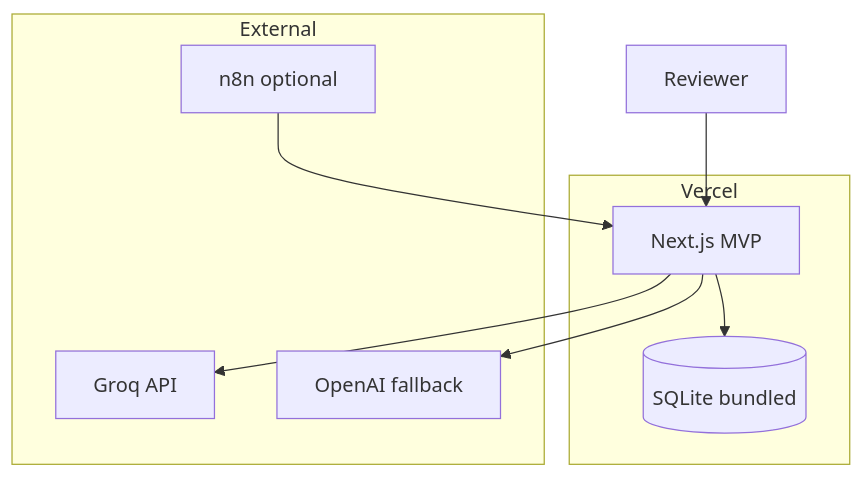
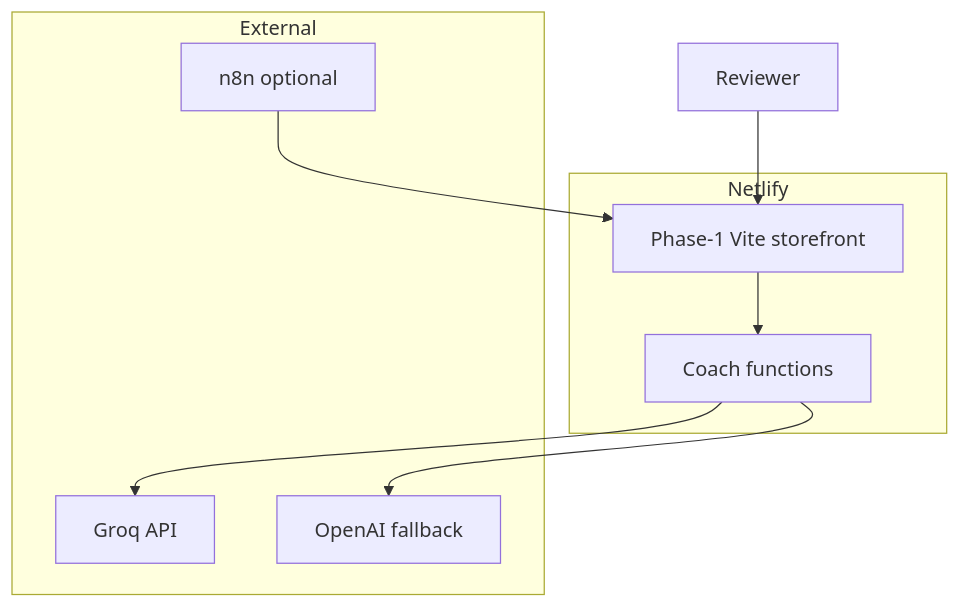
The fifth of 6 diagrams in docs/architecture.md (vrj87/GradProject3), drawn with Mermaid before and after one commit. The commit also changed other lines of this file and 25 other files, not shown here.

Commit message:
Move production to Netlify and ship the restyled 10-slide deck so the assignment demo deploys without Vercel.

````diff
--- a/docs/architecture.md
+++ b/docs/architecture.md
@@ -613,17 +613,17 @@
 ```mermaid
 flowchart TB
-  subgraph vercel [Vercel]
-    NextApp[Next.js MVP]
-    SQLite[(SQLite bundled)]
+  subgraph netlify [Netlify]
+    Storefront[Phase-1 Vite storefront]
+    Fns[Coach functions]
   end
   subgraph external [External]
     Groq[Groq API]
     OpenAI[OpenAI fallback]
     n8n[n8n optional]
   end
-  User[Reviewer] --> NextApp
-  NextApp --> SQLite
-  NextApp --> Groq
-  NextApp --> OpenAI
-  n8n --> NextApp
+  User[Reviewer] --> Storefront
+  Storefront --> Fns
+  Fns --> Groq
+  Fns --> OpenAI
+  n8n --> Storefront
 ```
````
